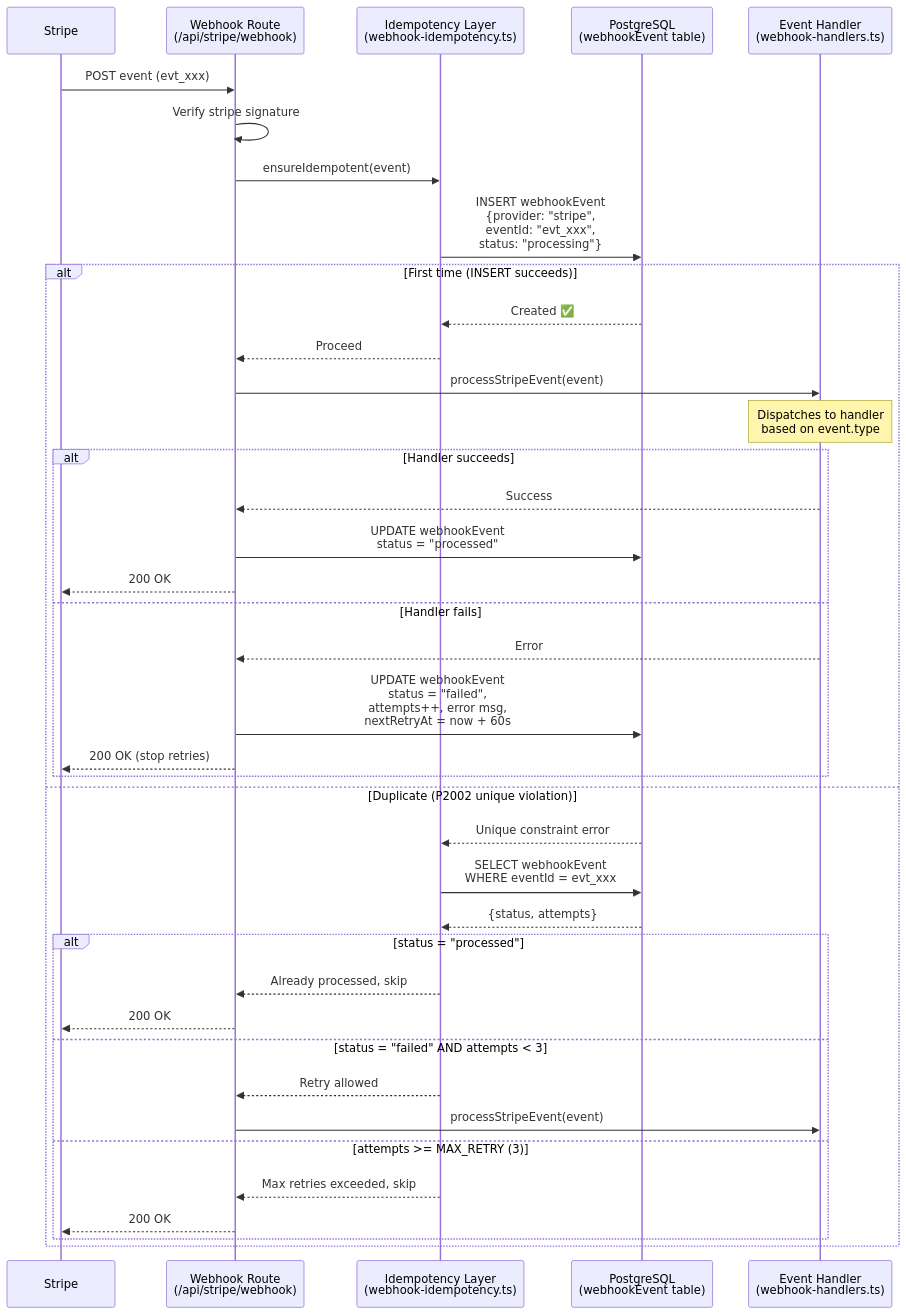
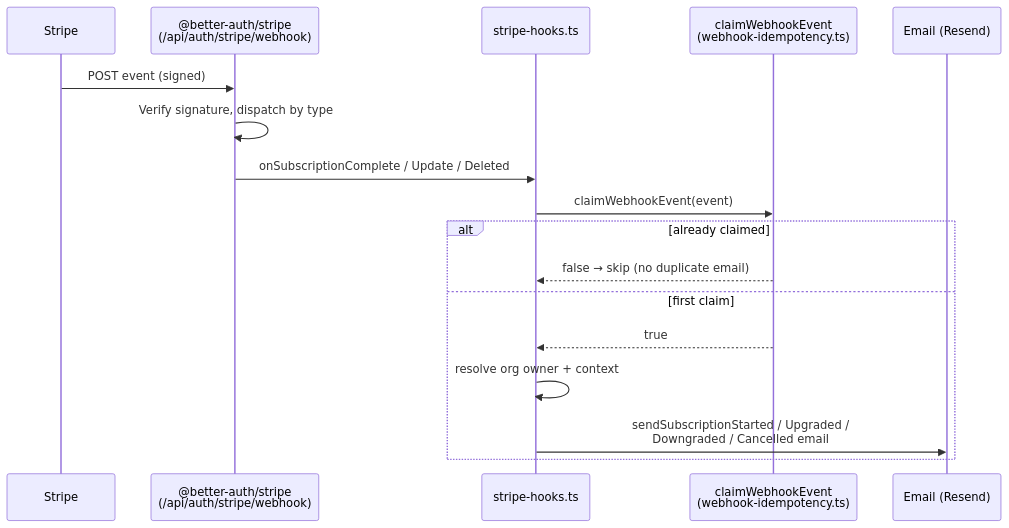
Before and after one commit to saasprokit-com/saasprokit: the sixth of 6 diagrams in apps/web/e2e/payment/manual-test-cases.md, drawn with Mermaid. The commit also changed other lines of this file and 1 other file, not shown here.

````diff
--- a/apps/web/e2e/payment/manual-test-cases.md
+++ b/apps/web/e2e/payment/manual-test-cases.md
@@ -362,49 +226,20 @@
 ```mermaid
 sequenceDiagram
     participant S as Stripe
-    participant WH as Webhook Route<br/>(/api/stripe/webhook)
-    participant ID as Idempotency Layer<br/>(webhook-idempotency.ts)
-    participant DB as PostgreSQL<br/>(webhookEvent table)
-    participant H as Event Handler<br/>(webhook-handlers.ts)
+    participant P as @better-auth/stripe<br/>(/api/auth/stripe/webhook)
+    participant H as stripe-hooks.ts
+    participant ID as claimWebhookEvent<br/>(webhook-idempotency.ts)
+    participant E as Email (Resend)
 
-    S->>WH: POST event (evt_xxx)
-    WH->>WH: Verify stripe signature
-
-    WH->>ID: ensureIdempotent(event)
-
-    ID->>DB: INSERT webhookEvent<br/>{provider: "stripe",<br/>eventId: "evt_xxx",<br/>status: "processing"}
-
-    alt First time (INSERT succeeds)
-        DB-->>ID: Created ✅
-        ID-->>WH: Proceed
-
-        WH->>H: processStripeEvent(event)
-        Note over H: Dispatches to handler<br/>based on event.type
-
-        alt Handler succeeds
-            H-->>WH: Success
-            WH->>DB: UPDATE webhookEvent<br/>status = "processed"
-            WH-->>S: 200 OK
-        else Handler fails
-            H-->>WH: Error
-            WH->>DB: UPDATE webhookEvent<br/>status = "failed",<br/>attempts++, error msg,<br/>nextRetryAt = now + 60s
-            WH-->>S: 200 OK (stop retries)
-        end
-
-    else Duplicate (P2002 unique violation)
-        DB-->>ID: Unique constraint error
-        ID->>DB: SELECT webhookEvent<br/>WHERE eventId = evt_xxx
-        DB-->>ID: {status, attempts}
-
-        alt status = "processed"
-            ID-->>WH: Already processed, skip
-            WH-->>S: 200 OK
-        else status = "failed" AND attempts < 3
-            ID-->>WH: Retry allowed
-            WH->>H: processStripeEvent(event)
-        else attempts >= MAX_RETRY (3)
-            ID-->>WH: Max retries exceeded, skip
-            WH-->>S: 200 OK
-        end
+    S->>P: POST event (signed)
+    P->>P: Verify signature, dispatch by type
+    P->>H: onSubscriptionComplete / Update / Deleted
+    H->>ID: claimWebhookEvent(event)
+    alt already claimed
+        ID-->>H: false → skip (no duplicate email)
+    else first claim
+        ID-->>H: true
+        H->>H: resolve org owner + context
+        H->>E: sendSubscriptionStarted / Upgraded /<br/>Downgraded / Cancelled email
     end
 ```
````
